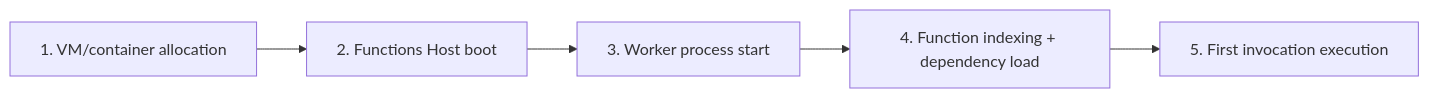
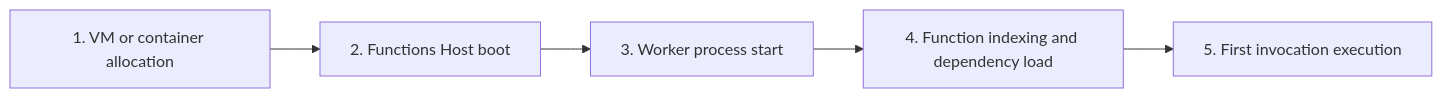
Before and after one commit to yeongseon-books/book-content: the third of 4 diagrams in azure-functions-101/en/06-scaling-and-cold-start.md, drawn with Mermaid. The commit also changed other lines of this file and 42 other files, not shown here.

First line of the commit message:
fix: 오라클 리뷰 반영 — Functions 101/Deep Dive 사실관계·톤·다이어그램 정리, App Service 101 ko/en 재구조화

````diff
--- a/azure-functions-101/en/06-scaling-and-cold-start.md
+++ b/azure-functions-101/en/06-scaling-and-cold-start.md
@@ -99,7 +103,7 @@
 ```mermaid
 flowchart LR
-    A[1. VM/container allocation] --> B[2. Functions Host boot]
+    A[1. VM or container allocation] --> B[2. Functions Host boot]
     B --> C[3. Worker process start]
-    C --> D[4. Function indexing + dependency load]
+    C --> D[4. Function indexing and dependency load]
     D --> E[5. First invocation execution]
 ```
````
